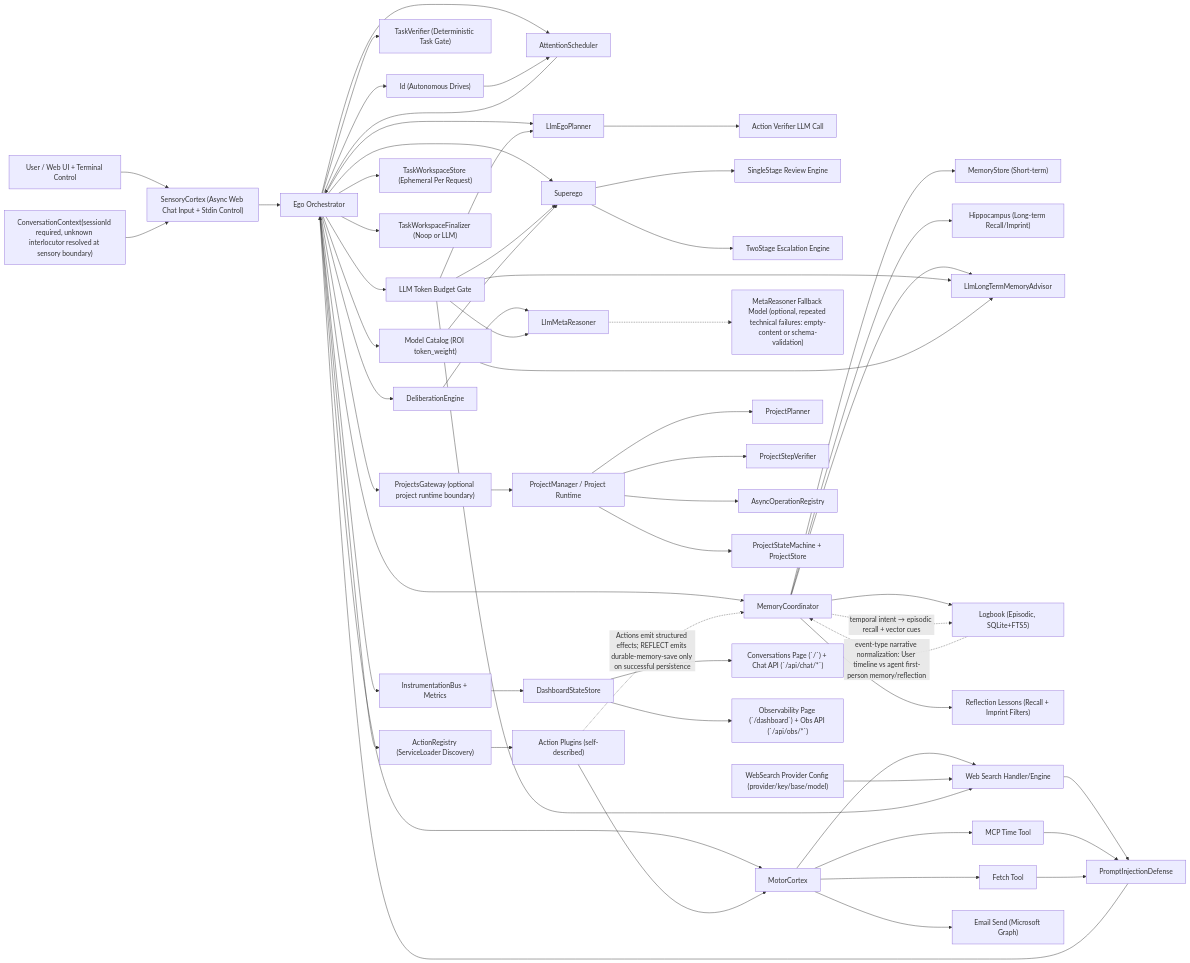
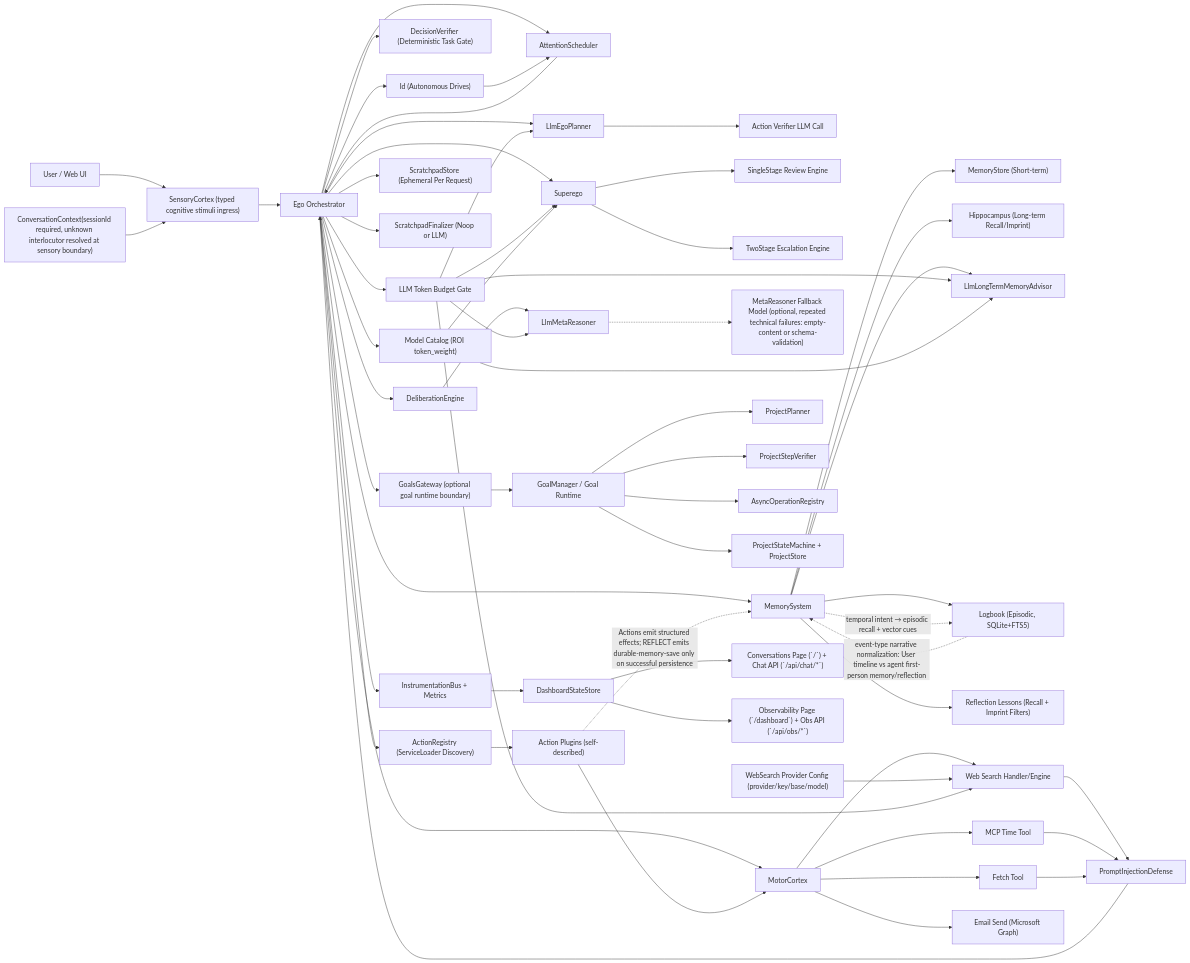
One commit to neopsyke/NeoPsyke changed the first of 7 diagrams in AGENT_LOGIC_DIAGRAM.md. Above: the diagram before and after it, drawn with Mermaid. The commit also changed other lines of this file and 19 other files, not shown here.

First line of the commit message:
refactor(runtime): align final architecture surface with goals and opportunities

````diff
--- a/AGENT_LOGIC_DIAGRAM.md
+++ b/AGENT_LOGIC_DIAGRAM.md
@@ -8,70 +8,70 @@
 ```mermaid
 flowchart LR
-    U["User / Web UI + Terminal Control"] --> SC["SensoryCortex (Async Web Chat Input + Stdin Control)"]
+    U["User / Web UI"] --> SC["SensoryCortex (typed cognitive stimuli ingress)"]
     SC --> E["Ego Orchestrator"]
     NoteCtx["ConversationContext(sessionId required, unknown interlocutor resolved at sensory boundary)"] --> SC
 
     E --> AS["AttentionScheduler"]
     AS --> E
     ID["Id (Autonomous Drives)"] --> AS
     E --> ID
 
     E --> P["LlmEgoPlanner"]
     P --> AV["Action Verifier LLM Call"]
-    E --> TV["TaskVerifier (Deterministic Task Gate)"]
+    E --> TV["DecisionVerifier (Deterministic Task Gate)"]
     E --> S["Superego"]
     S --> S1["SingleStage Review Engine"]
     S --> S2["TwoStage Escalation Engine"]
     E --> AR["ActionRegistry (ServiceLoader Discovery)"]
     E --> M["MotorCortex"]
     E --> BG["LLM Token Budget Gate"]
     E --> MCat["Model Catalog (ROI token_weight)"]
 
     E --> DE["DeliberationEngine"]
     DE --> MR["LlmMetaReasoner"]
     MR -.-> MRF["MetaReasoner Fallback Model (optional, repeated technical failures: empty-content or schema-validation)"]
 
-    E --> MC["MemoryCoordinator"]
+    E --> MC["MemorySystem"]
     MC --> MS["MemoryStore (Short-term)"]
     MC --> H["Hippocampus (Long-term Recall/Imprint)"]
     MC --> LTM["LlmLongTermMemoryAdvisor"]
     MC --> LB["Logbook (Episodic, SQLite+FTS5)"]
     LB -.->|"event-type narrative normalization: User timeline vs agent first-person memory/reflection"| MC
     MC --> RL["Reflection Lessons (Recall + Imprint Filters)"]
     MC -.->|"temporal intent → episodic recall + vector cues"| LB
-    E --> TWS["TaskWorkspaceStore (Ephemeral Per Request)"]
-    E --> TWF["TaskWorkspaceFinalizer (Noop or LLM)"]
-    E --> PG["ProjectsGateway (optional project runtime boundary)"]
-    PG --> PM["ProjectManager / Project Runtime"]
+    E --> TWS["ScratchpadStore (Ephemeral Per Request)"]
+    E --> TWF["ScratchpadFinalizer (Noop or LLM)"]
+    E --> PG["GoalsGateway (optional goal runtime boundary)"]
+    PG --> PM["GoalManager / Goal Runtime"]
     PM --> PP["ProjectPlanner"]
     PM --> PV["ProjectStepVerifier"]
     PM --> AOR["AsyncOperationRegistry"]
     PM --> PS["ProjectStateMachine + ProjectStore"]
 
     AR --> AP["Action Plugins (self-described)"]
     AP --> M
     AP -.->|"Actions emit structured effects; REFLECT emits durable-memory-save only on successful persistence"| MC
 
     M --> WS["Web Search Handler/Engine"]
     CfgWS["WebSearch Provider Config (provider/key/base/model)"] --> WS
     M --> MT["MCP Time Tool"]
     M --> MF["Fetch Tool"]
     M --> EM["Email Send (Microsoft Graph)"]
     WS --> PID["PromptInjectionDefense"]
     MT --> PID
     MF --> PID
     PID --> E
 
     BG --> P
     BG --> S
     BG --> MR
     BG --> LTM
     BG --> WS
     MCat --> S
     MCat --> LTM
 
     E --> I["InstrumentationBus + Metrics"]
     I --> DS["DashboardStateStore"]
     DS --> CP["Conversations Page (`/`) + Chat API (`/api/chat/*`)"]
     DS --> OP["Observability Page (`/dashboard`) + Obs API (`/api/obs/*`)"]
 ```
````
